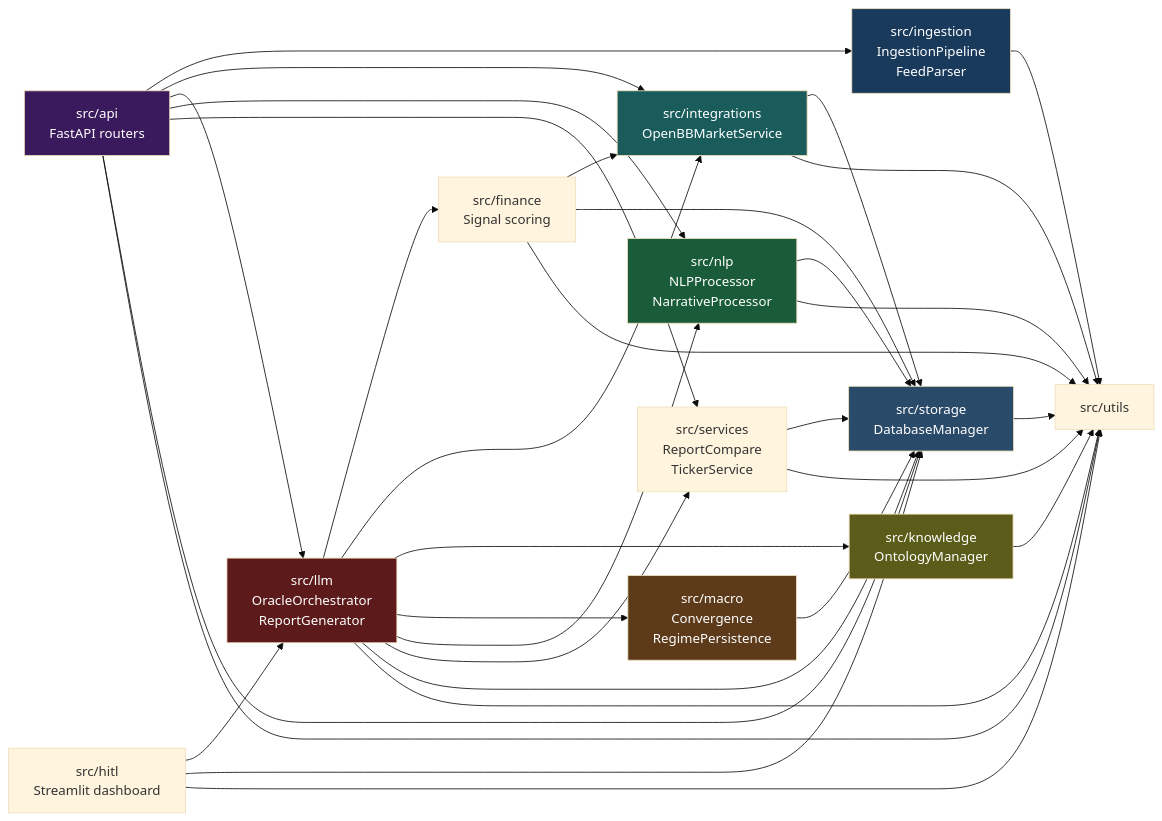
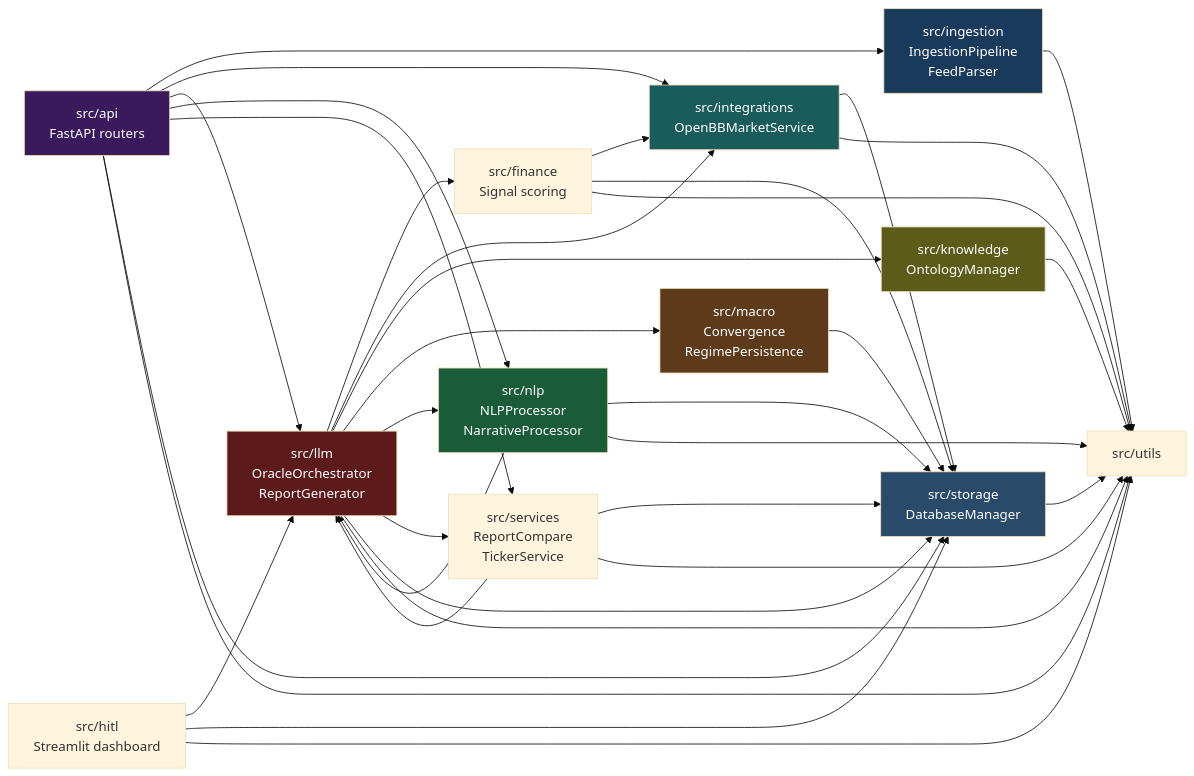
One commit to TommasoFazzi/MACROINTEL changed the first of 6 diagrams in docs/generated/imports.md. Above: the diagram before and after it, drawn with Mermaid (base theme). The commit also changed other lines of this file, not shown here.

Commit message:
docs(auto): update Python import graph [skip ci]

````diff
--- a/docs/generated/imports.md
+++ b/docs/generated/imports.md
@@ -7,56 +7,58 @@
 ```mermaid
 flowchart LR
     api["src/api\nFastAPI routers"]
     finance["src/finance\nSignal scoring"]
     hitl["src/hitl\nStreamlit dashboard"]
     ingestion["src/ingestion\nIngestionPipeline\nFeedParser"]
     integrations["src/integrations\nOpenBBMarketService"]
     knowledge["src/knowledge\nOntologyManager"]
     llm["src/llm\nOracleOrchestrator\nReportGenerator"]
     macro["src/macro\nConvergence\nRegimePersistence"]
     nlp["src/nlp\nNLPProcessor\nNarrativeProcessor"]
     services["src/services\nReportCompare\nTickerService"]
     storage["src/storage\nDatabaseManager"]
     utils["src/utils"]
 
     api --> ingestion
     api --> integrations
     api --> llm
     api --> nlp
     api --> services
     api --> storage
     api --> utils
     finance --> integrations
     finance --> storage
     finance --> utils
     hitl --> llm
     hitl --> storage
     hitl --> utils
     ingestion --> utils
     integrations --> storage
     integrations --> utils
     knowledge --> utils
     llm --> finance
     llm --> integrations
     llm --> knowledge
     llm --> macro
     llm --> nlp
     llm --> services
     llm --> storage
     llm --> utils
     macro --> storage
+    nlp --> llm
     nlp --> storage
     nlp --> utils
+    services --> llm
     services --> storage
     services --> utils
     storage --> utils
 
     style ingestion fill:#1a3a5c,color:#fff
     style nlp fill:#1a5c3a,color:#fff
     style llm fill:#5c1a1a,color:#fff
     style macro fill:#5c3a1a,color:#fff
     style api fill:#3a1a5c,color:#fff
     style storage fill:#2a4a6a,color:#fff
     style knowledge fill:#5c5c1a,color:#fff
     style integrations fill:#1a5c5c,color:#fff
 ```
````
